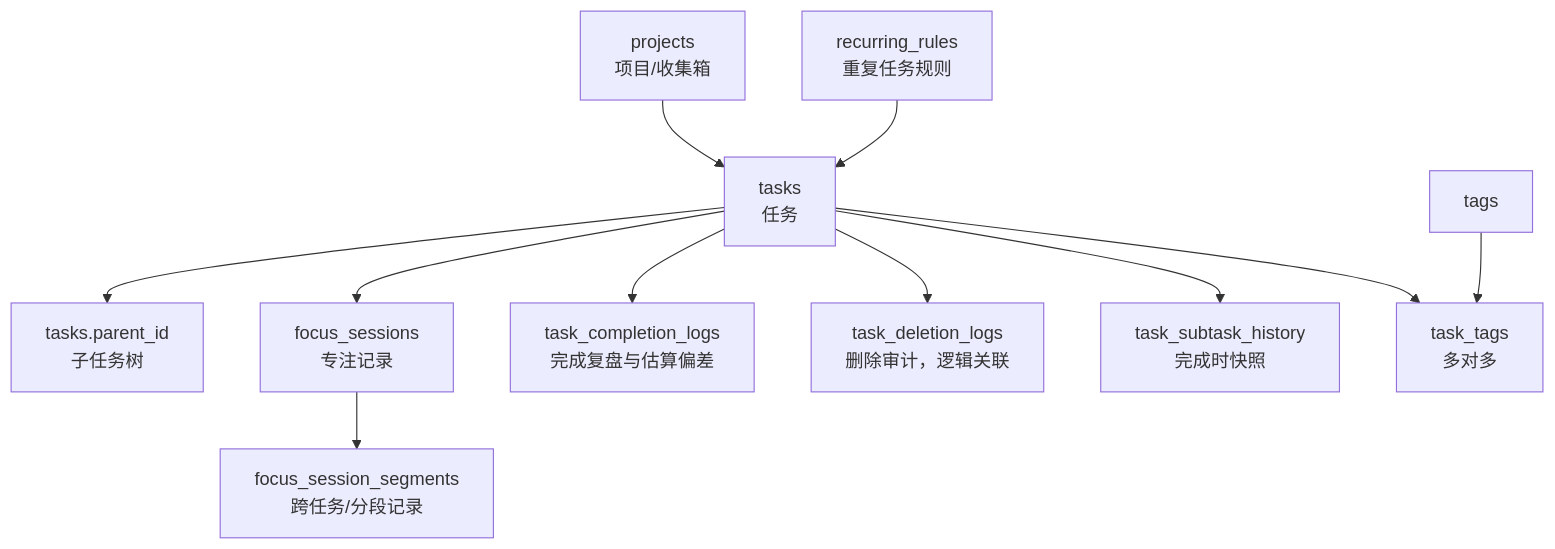
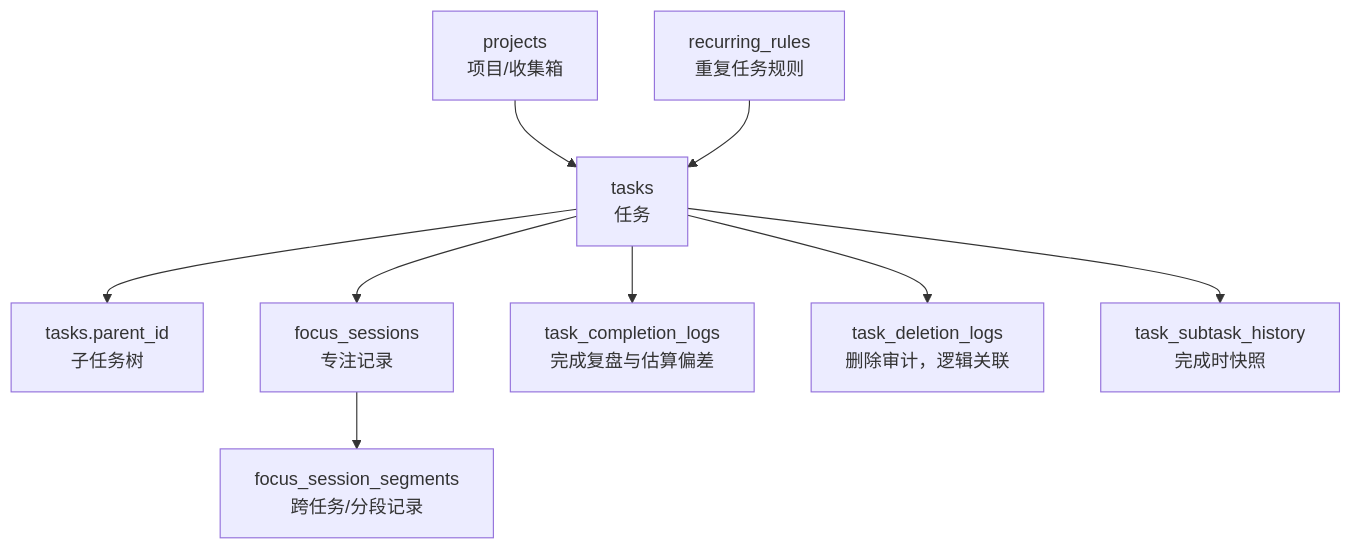
One commit to Jianzhe228/tracker changed the third of 10 diagrams in docs/数据库设计说明.md. Above: the diagram before and after it, drawn with Mermaid. The commit also changed other lines of this file and 9 other files, not shown here.

First line of the commit message:
refactor(db)!: treat current schema as v1, drop all pre-release compatibility

````diff
--- a/docs/数据库设计说明.md
+++ b/docs/数据库设计说明.md
@@ -152,13 +151,11 @@
 ```mermaid
 graph TD
   Project["projects<br/>项目/收集箱"] --> Task["tasks<br/>任务"]
   Task --> Subtask["tasks.parent_id<br/>子任务树"]
   Recurring["recurring_rules<br/>重复任务规则"] --> Task
   Task --> Session["focus_sessions<br/>专注记录"]
   Session --> Segment["focus_session_segments<br/>跨任务/分段记录"]
   Task --> Completion["task_completion_logs<br/>完成复盘与估算偏差"]
   Task --> DeleteLog["task_deletion_logs<br/>删除审计，逻辑关联"]
   Task --> History["task_subtask_history<br/>完成时快照"]
-  Tag["tags"] --> TaskTag["task_tags<br/>多对多"]
-  Task --> TaskTag
 ```
````
